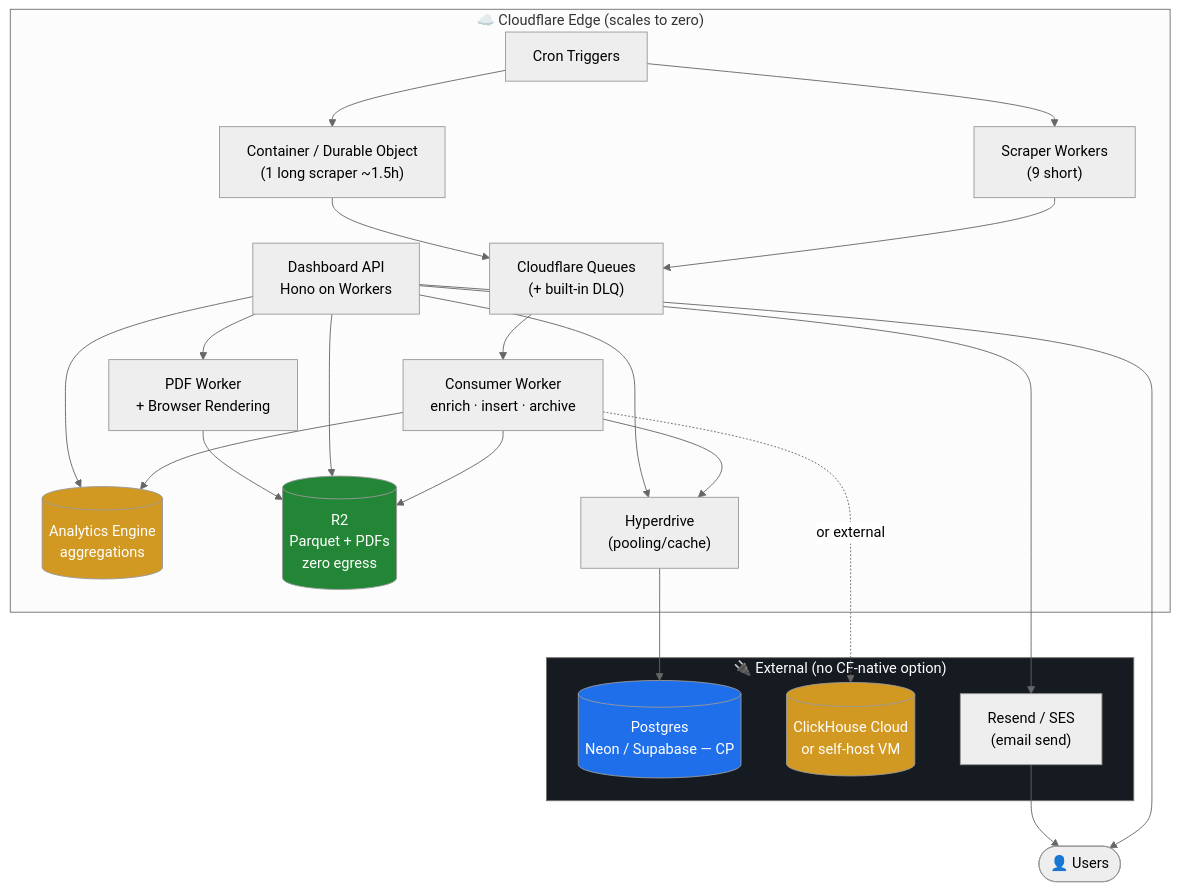
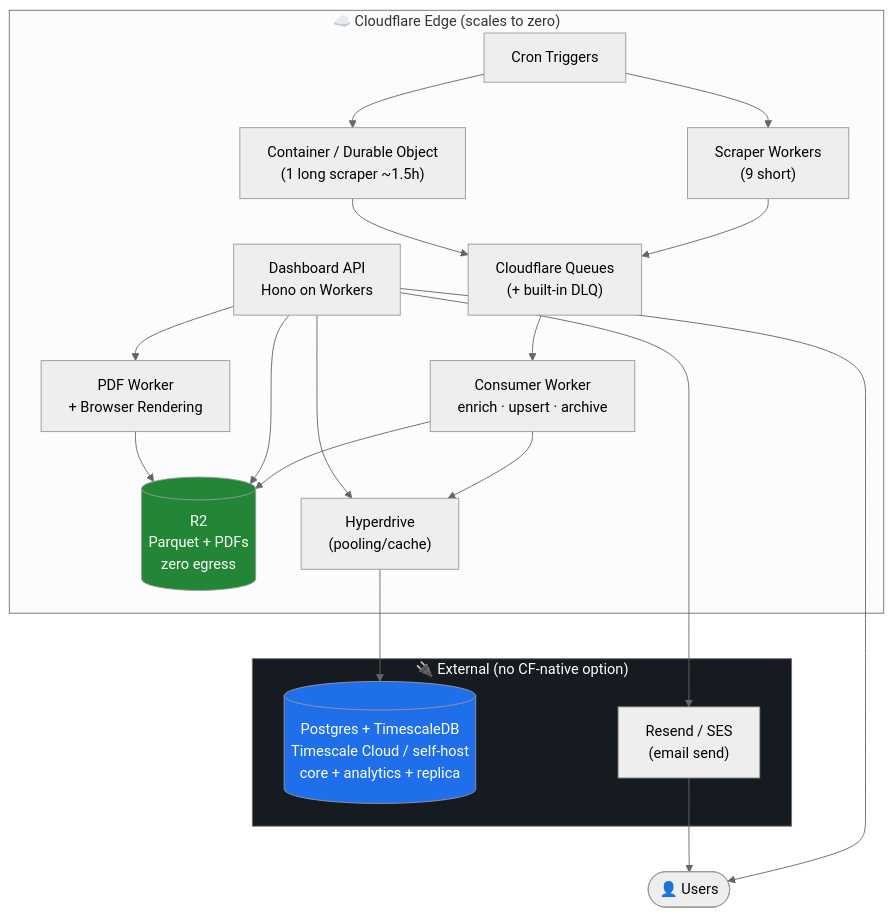
The sixth of 6 diagrams in architecture.md (MagenticIn/MLS-Revamp), drawn with Mermaid (neutral theme) before and after one commit. The commit also changed other lines of this file, not shown here.

First line of the commit message:
Replace ClickHouse with TimescaleDB — single Postgres store

````diff
--- a/architecture.md
+++ b/architecture.md
@@ -294,44 +293,37 @@
 ```mermaid
 flowchart TB
     subgraph Edge["☁️ Cloudflare Edge (scales to zero)"]
         CRON["Cron Triggers"]
         WS["Scraper Workers<br/>(9 short)"]
         CONT["Container / Durable Object<br/>(1 long scraper ~1.5h)"]
         Q["Cloudflare Queues<br/>(+ built-in DLQ)"]
-        CONS["Consumer Worker<br/>enrich · insert · archive"]
+        CONS["Consumer Worker<br/>enrich · upsert · archive"]
         API["Dashboard API<br/>Hono on Workers"]
-        AE[("Analytics Engine<br/>aggregations")]
         R2[("R2<br/>Parquet + PDFs<br/>zero egress")]
         PDF["PDF Worker<br/>+ Browser Rendering"]
         HD["Hyperdrive<br/>(pooling/cache)"]
     end
 
     subgraph External["🔌 External (no CF-native option)"]
-        PG[("Postgres<br/>Neon / Supabase — CP")]
-        CH[("ClickHouse Cloud<br/>or self-host VM")]
+        PG[("Postgres + TimescaleDB<br/>Timescale Cloud / self-host<br/>core + analytics + replica")]
         MAIL["Resend / SES<br/>(email send)"]
     end
 
     Users(["👤 Users"])
 
     CRON --> WS & CONT
     WS --> Q
     CONT --> Q
     Q --> CONS
     CONS --> R2
-    CONS --> AE
-    CONS -. or external .-> CH
     CONS --> HD --> PG
     API --> HD
-    API --> AE
     API --> R2
     API --> Users
     API --> PDF --> R2
     API --> MAIL --> Users
 
     style R2 fill:#238636,color:#fff
     style PG fill:#1f6feb,color:#fff
-    style CH fill:#d29922,color:#fff
-    style AE fill:#d29922,color:#fff
     style External fill:#161b22,color:#fff
 ```
````
